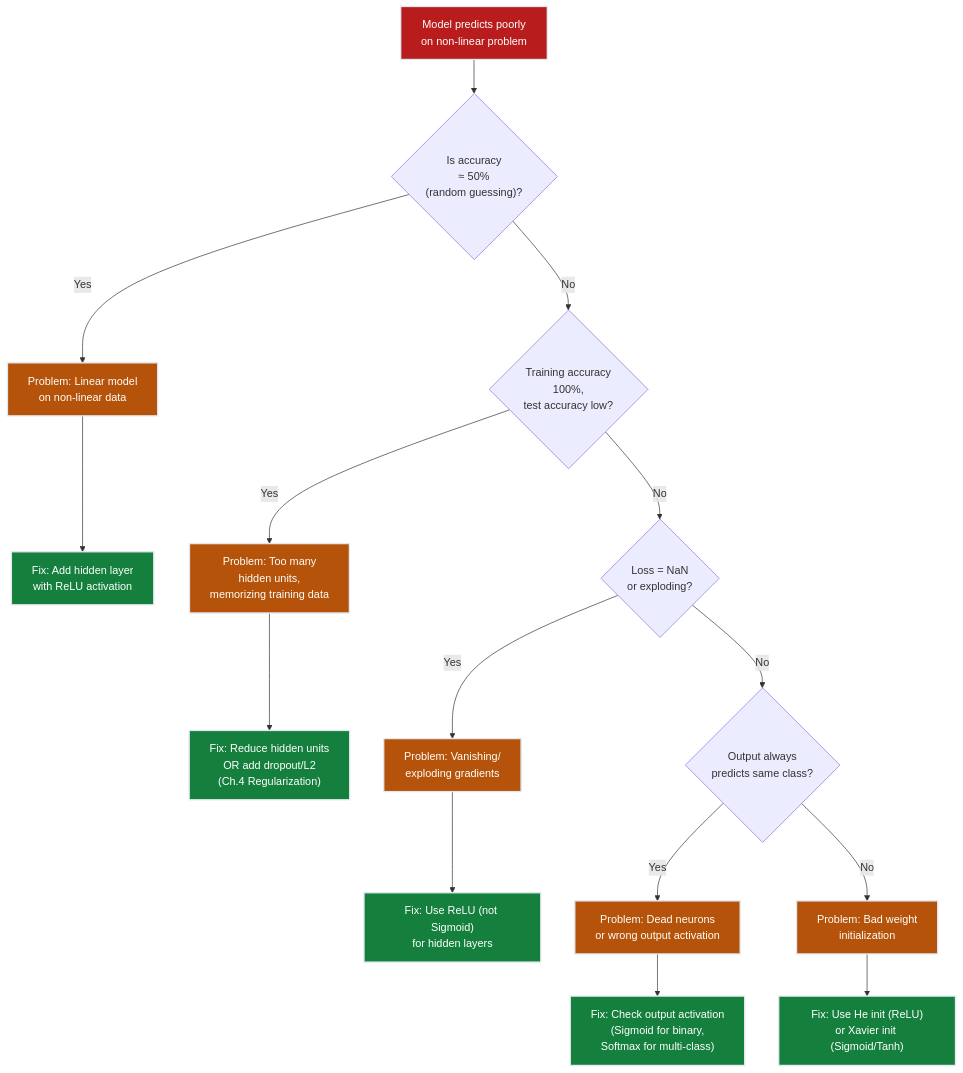
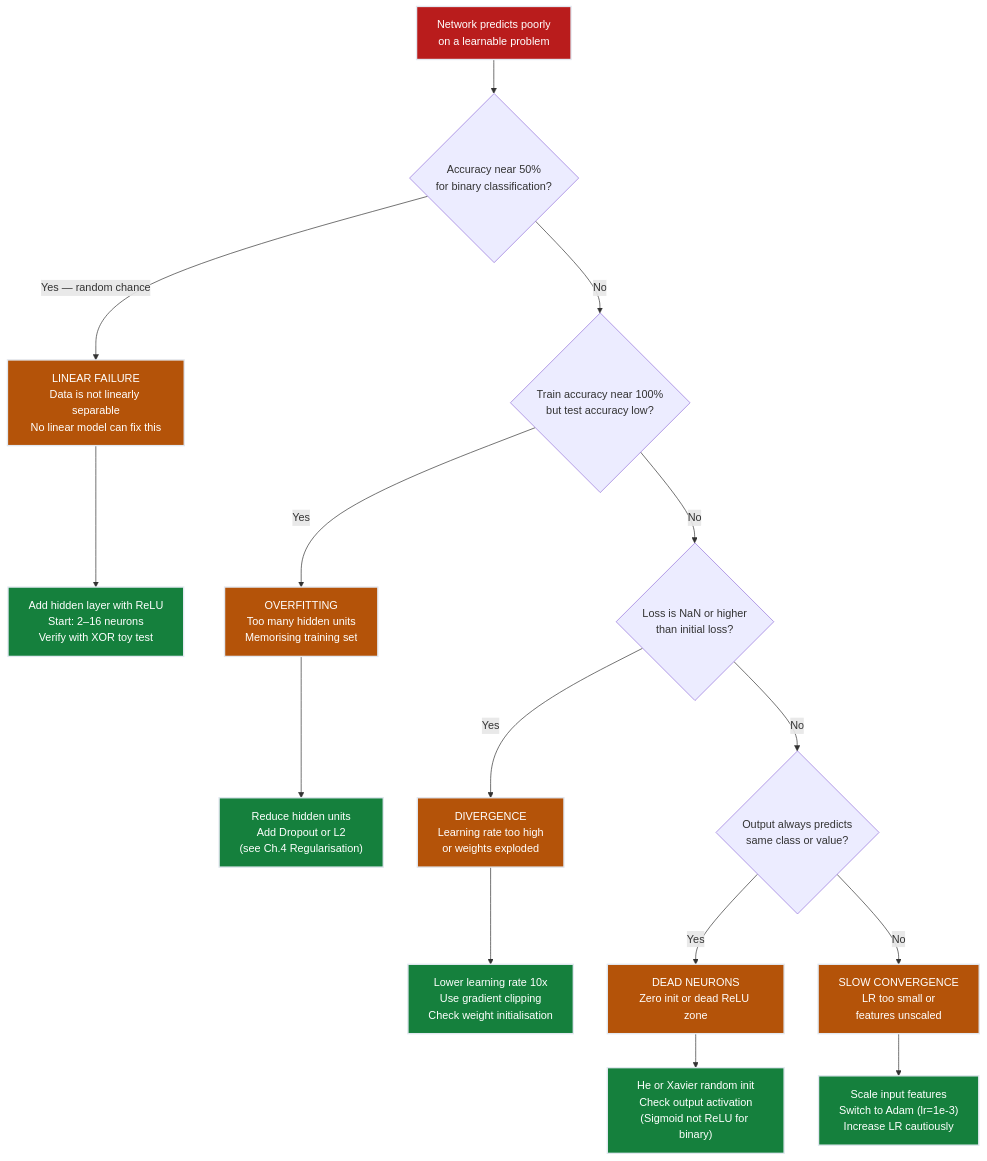
The third of 3 diagrams in notes/01-ml/03_neural_networks/ch01_xor_problem/README.md (deepakshamsft/ai-portfolio), drawn with Mermaid before and after one commit. The commit also changed other lines of this file and 727 other files, not shown here.

````diff
--- a/notes/01-ml/03_neural_networks/ch01_xor_problem/README.md
+++ b/notes/01-ml/03_neural_networks/ch01_xor_problem/README.md
@@ -292,37 +572,21 @@
 ```mermaid
 flowchart TD
-    START["Model predicts poorly<br/>on non-linear problem"] --> Q1{"Is accuracy<br/>&asymp; 50%<br/>(random guessing)?"}
-    Q1 -->|Yes| LINEAR["Problem: Linear model<br/>on non-linear data"]
-    Q1 -->|No| Q2{"Training accuracy<br/>100%,<br/>test accuracy low?"}
-    
-    LINEAR --> FIX1["Fix: Add hidden layer<br/>with ReLU activation"]
-    
-    Q2 -->|Yes| OVERFIT["Problem: Too many<br/>hidden units,<br/>memorizing training data"]
-    Q2 -->|No| Q3{"Loss = NaN<br/>or exploding?"}
-    
-    OVERFIT --> FIX2["Fix: Reduce hidden units<br/>OR add dropout/L2<br/>(Ch.4 Regularization)"]
-    
-    Q3 -->|Yes| VANISH["Problem: Vanishing/<br/>exploding gradients"]
-    Q3 -->|No| Q4{"Output always<br/>predicts same class?"}
-    
-    VANISH --> FIX3["Fix: Use ReLU (not Sigmoid)<br/>for hidden layers"]
-    
-    Q4 -->|Yes| DEAD["Problem: Dead neurons<br/>or wrong output activation"]
-    Q4 -->|No| INIT["Problem: Bad weight<br/>initialization"]
-    
-    DEAD --> FIX4["Fix: Check output activation<br/>(Sigmoid for binary,<br/>Softmax for multi-class)"]
-    
-    INIT --> FIX5["Fix: Use He init (ReLU)<br/>or Xavier init (Sigmoid/Tanh)"]
-    
-    style START fill:#b91c1c,stroke:#e2e8f0,stroke-width:2px,color:#ffffff
-    style LINEAR fill:#b45309,stroke:#e2e8f0,stroke-width:2px,color:#ffffff
-    style OVERFIT fill:#b45309,stroke:#e2e8f0,stroke-width:2px,color:#ffffff
-    style VANISH fill:#b45309,stroke:#e2e8f0,stroke-width:2px,color:#ffffff
-    style DEAD fill:#b45309,stroke:#e2e8f0,stroke-width:2px,color:#ffffff
-    style INIT fill:#b45309,stroke:#e2e8f0,stroke-width:2px,color:#ffffff
-    style FIX1 fill:#15803d,stroke:#e2e8f0,stroke-width:2px,color:#ffffff
-    style FIX2 fill:#15803d,stroke:#e2e8f0,stroke-width:2px,color:#ffffff
-    style FIX3 fill:#15803d,stroke:#e2e8f0,stroke-width:2px,color:#ffffff
-    style FIX4 fill:#15803d,stroke:#e2e8f0,stroke-width:2px,color:#ffffff
-    style FIX5 fill:#15803d,stroke:#e2e8f0,stroke-width:2px,color:#ffffff
+    START["Network predicts poorly<br/>on a learnable problem"]:::danger --> Q1{"Accuracy near 50%<br/>for binary classification?"}
+    Q1 -->|"Yes — random chance"| LINEAR["LINEAR FAILURE<br/>Data is not linearly separable<br/>No linear model can fix this"]:::caution
+    Q1 -->|"No"| Q2{"Train accuracy near 100%<br/>but test accuracy low?"}
+    LINEAR --> FIX1["Add hidden layer with ReLU<br/>Start: 2–16 neurons<br/>Verify with XOR toy test"]:::success
+    Q2 -->|"Yes"| OVERFIT["OVERFITTING<br/>Too many hidden units<br/>Memorising training set"]:::caution
+    Q2 -->|"No"| Q3{"Loss is NaN or higher<br/>than initial loss?"}
+    OVERFIT --> FIX2["Reduce hidden units<br/>Add Dropout or L2<br/>(see Ch.4 Regularisation)"]:::success
+    Q3 -->|"Yes"| EXPLODE["DIVERGENCE<br/>Learning rate too high<br/>or weights exploded"]:::caution
+    Q3 -->|"No"| Q4{"Output always predicts<br/>same class or value?"}
+    EXPLODE --> FIX3["Lower learning rate 10x<br/>Use gradient clipping<br/>Check weight initialisation"]:::success
+    Q4 -->|"Yes"| DEAD["DEAD NEURONS<br/>Zero init or dead ReLU zone"]:::caution
+    Q4 -->|"No"| SLOW["SLOW CONVERGENCE<br/>LR too small or<br/>features unscaled"]:::caution
+    DEAD --> FIX4["He or Xavier random init<br/>Check output activation<br/>(Sigmoid not ReLU for binary)"]:::success
+    SLOW --> FIX5["Scale input features<br/>Switch to Adam (lr=1e-3)<br/>Increase LR cautiously"]:::success
+
+    classDef danger fill:#b91c1c,stroke:#e2e8f0,stroke-width:2px,color:#ffffff
+    classDef caution fill:#b45309,stroke:#e2e8f0,stroke-width:2px,color:#ffffff
+    classDef success fill:#15803d,stroke:#e2e8f0,stroke-width:2px,color:#ffffff
 ```
````
